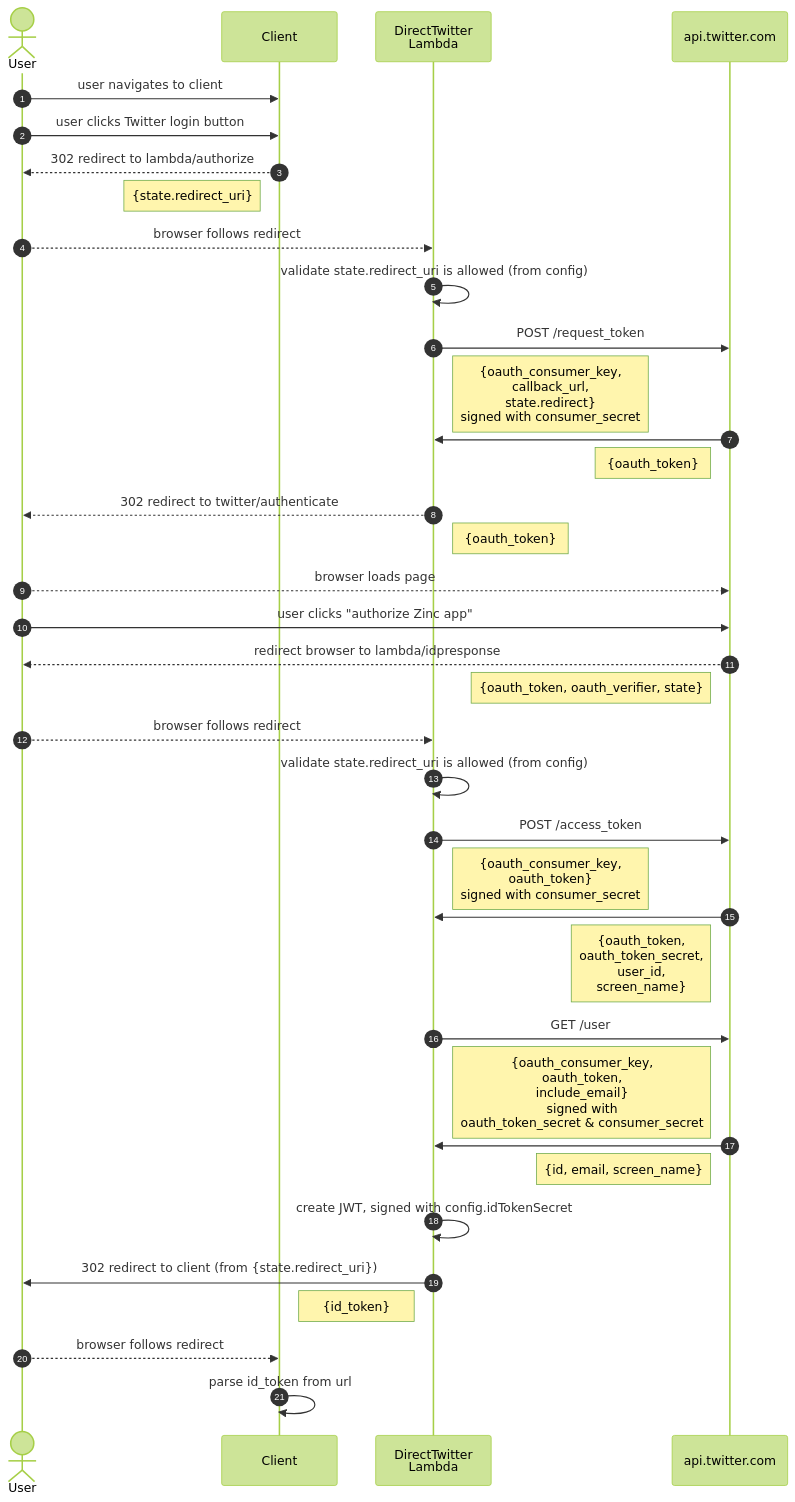
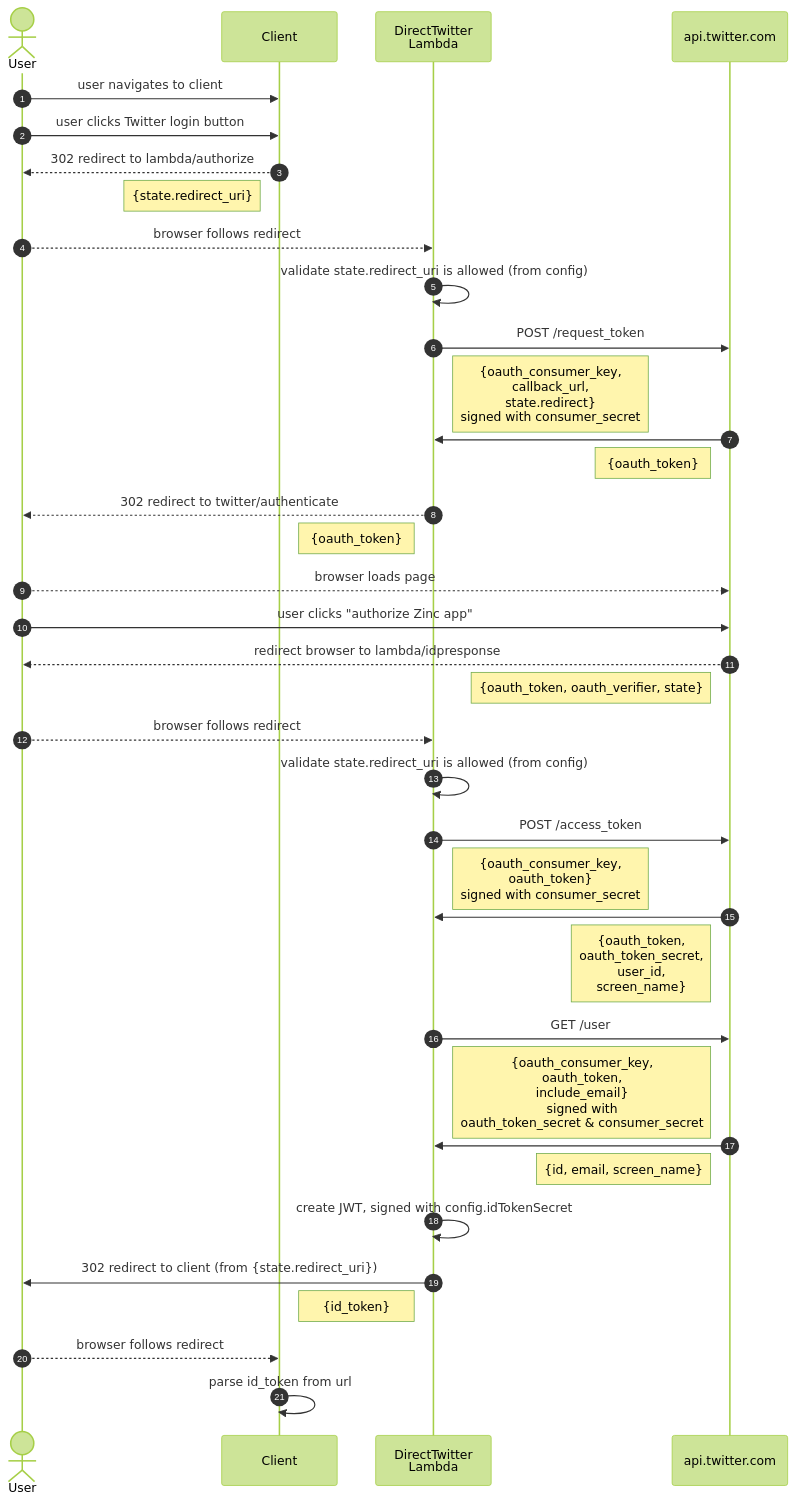
Before and after one commit to shorn/zinc: the diagram in aws-infra/lambda/doc/direct-twitter-sign-in.md, drawn with Mermaid (forest theme).

````diff
--- a/aws-infra/lambda/doc/direct-twitter-sign-in.md
+++ b/aws-infra/lambda/doc/direct-twitter-sign-in.md
@@ -9,44 +9,44 @@
 ```mermaid
 sequenceDiagram
 autonumber
 actor user as User
 participant client as Client
 participant lambda as DirectTwitter<br/>Lambda
 participant idp as api.twitter.com
 
 user->>client: user navigates to client
 user->>client: user clicks Twitter login button
 client-->>user: 302 redirect to lambda/authorize
 note left of client: {state.redirect_uri}
 
 user-->>lambda: browser follows redirect
 lambda->>lambda: validate state.redirect_uri is allowed (from config)
 lambda->>idp: POST /request_token
 note right of lambda: {oauth_consumer_key,<br/>callback_url,<br/>state.redirect}<br/>signed with consumer_secret 
 idp->>lambda: 
 note left of idp: {oauth_token}
 lambda-->>user: 302 redirect to twitter/authenticate
+note left of lambda: {oauth_token}
 
-note right of lambda: {oauth_token}
 user-->>idp: browser loads page
 user->>idp: user clicks "authorize Zinc app" 
 idp-->>user: redirect browser to lambda/idpresponse
 note left of idp: {oauth_token, oauth_verifier, state}
 user-->>lambda: browser follows redirect
 lambda->>lambda: validate state.redirect_uri is allowed (from config)
 lambda->>idp: POST /access_token
 note right of lambda: {oauth_consumer_key,<br/>oauth_token}<br/>signed with consumer_secret
 idp->>lambda: 
 note left of idp: {oauth_token,<br/>oauth_token_secret,<br/>user_id,<br/>screen_name} 
 lambda->>idp: GET /user
 note right of lambda: {oauth_consumer_key,<br/>oauth_token,<br/>include_email}<br/>signed with<br/>oauth_token_secret & consumer_secret
 idp->>lambda: 
 note left of idp: {id, email, screen_name}
 lambda->>lambda: create JWT, signed with config.idTokenSecret
 
 lambda->>user: 302 redirect to client (from {state.redirect_uri}) 
 note left of lambda: {id_token}
 user-->>client: browser follows redirect
 client->>client: parse id_token from url
 
 ```
````
